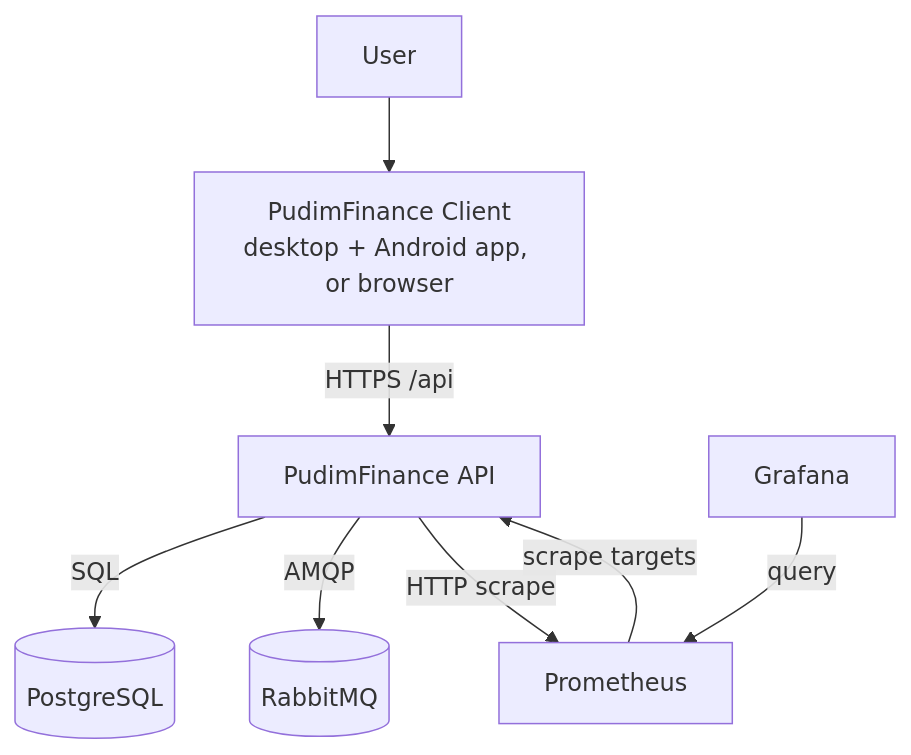
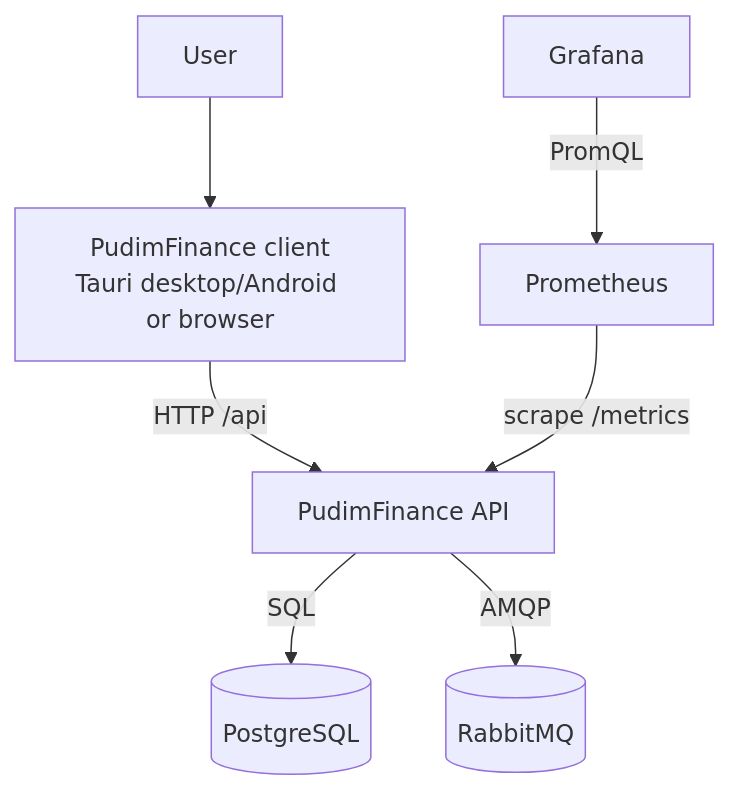
The first of 3 diagrams in docs/architecture-c4.md (diegobraga92/PudimFinance), drawn with Mermaid before and after one commit. The commit also changed other lines of this file and 69 other files, not shown here.

````diff
--- a/docs/architecture-c4.md
+++ b/docs/architecture-c4.md
@@ -10,10 +8,9 @@
 ```mermaid
 graph TB
-    User[User] --> Client[PudimFinance Client<br/>desktop + Android app, or browser]
-    Client -->|HTTPS /api| API[PudimFinance API]
+    User[User] --> Client[PudimFinance client<br/>Tauri desktop/Android or browser]
+    Client -->|HTTP /api| API[PudimFinance API]
     API -->|SQL| Postgres[(PostgreSQL)]
     API -->|AMQP| RabbitMQ[(RabbitMQ)]
-    API -->|HTTP scrape| Prometheus[Prometheus]
-    Prometheus -->|scrape targets| API
-    Grafana[Grafana] -->|query| Prometheus
+    Prometheus[Prometheus] -->|scrape /metrics| API
+    Grafana[Grafana] -->|PromQL| Prometheus
 ```
````
